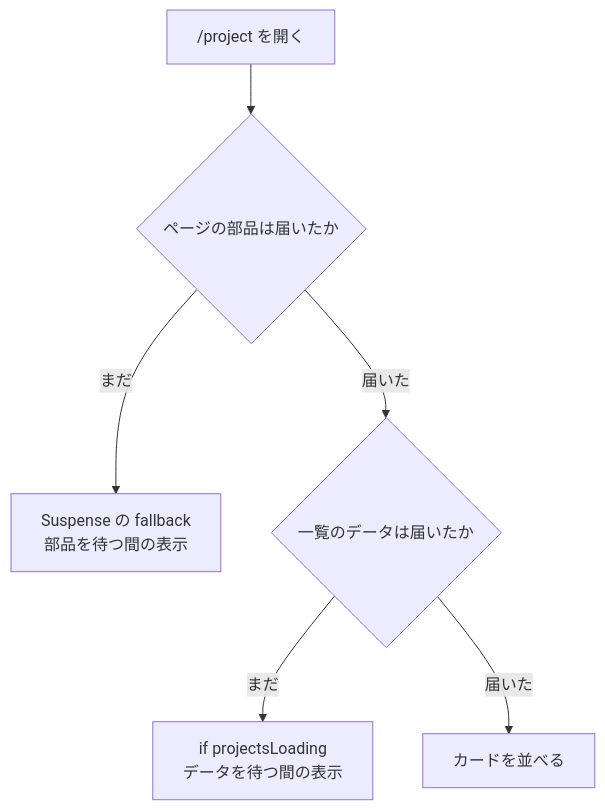
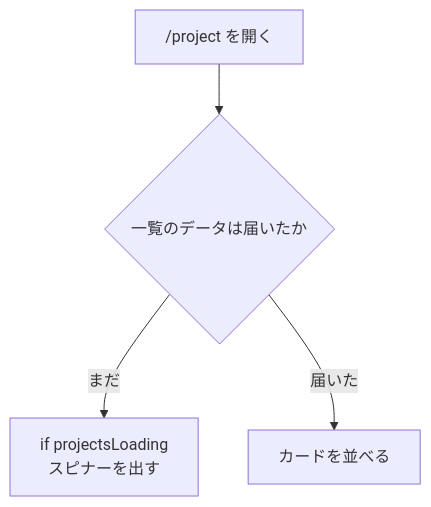
Before and after one commit to kouiso/task-app: the second of 2 diagrams in material/30days-curriculum/day09_プロジェクト一覧画面.md, drawn with Mermaid. The commit also changed other lines of this file and 54 other files, not shown here.

````diff
--- a/material/30days-curriculum/day09_プロジェクト一覧画面.md
+++ b/material/30days-curriculum/day09_プロジェクト一覧画面.md
@@ -447,8 +447,6 @@
 ```mermaid
 flowchart TB
-    A["/project を開く"] --> B{"ページの部品は届いたか"}
-    B -->|"まだ"| C["Suspense の fallback<br/>部品を待つ間の表示"]
-    B -->|"届いた"| D{"一覧のデータは届いたか"}
-    D -->|"まだ"| E["if projectsLoading<br/>データを待つ間の表示"]
+    A["/project を開く"] --> D{"一覧のデータは届いたか"}
+    D -->|"まだ"| E["if projectsLoading<br/>スピナーを出す"]
     D -->|"届いた"| F["カードを並べる"]
 ```
````
